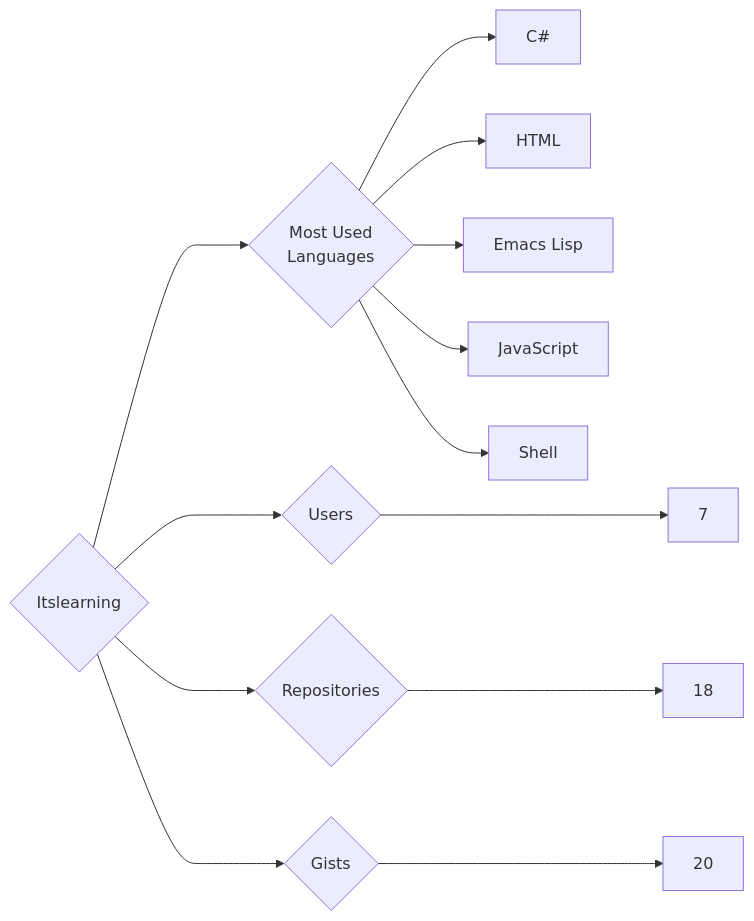
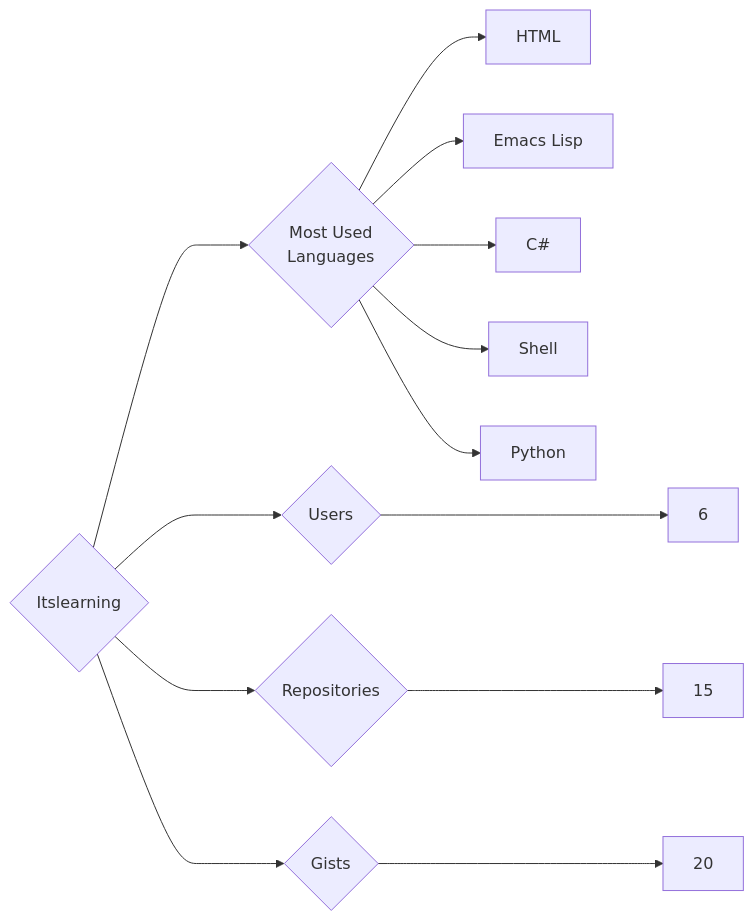
The diagram in targets/Itslearning/README.md (trickest/insiders), drawn with Mermaid before and after one commit. The commit also changed 814 other files, not shown here.

````diff
--- a/targets/Itslearning/README.md
+++ b/targets/Itslearning/README.md
@@ -3,13 +3,13 @@
 ```mermaid
 graph LR
 COMPANY_NAME{Itslearning}
-COMPANY_NAME ---> U{Users} ---> UN[7]
-COMPANY_NAME ---> R{Repositories} ---> RN[18]
+COMPANY_NAME ---> U{Users} ---> UN[6]
+COMPANY_NAME ---> R{Repositories} ---> RN[15]
 COMPANY_NAME ---> G{Gists} ---> GN[20]
 COMPANY_NAME ---> ML{Most Used<br>Languages}
-ML --> C#[C#]
 ML --> HTML[HTML]
 ML --> Emacs_Lisp[Emacs Lisp]
-ML --> JavaScript[JavaScript]
+ML --> C#[C#]
 ML --> Shell[Shell]
+ML --> Python[Python]
 ```
````
